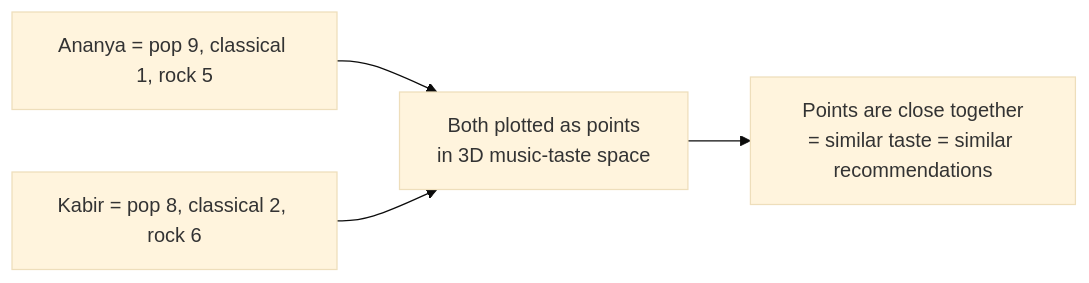
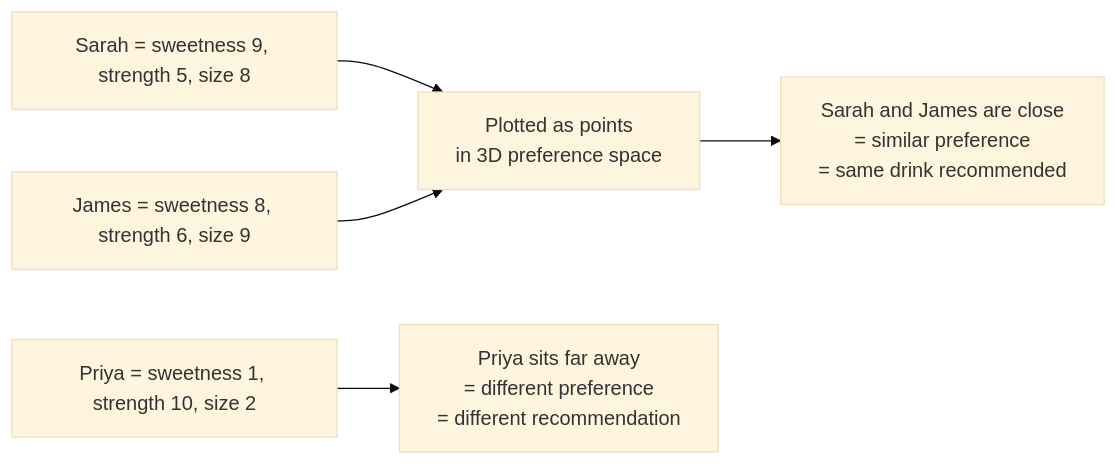
The diagram in Week6/2.Scalars-Vectors-And-Matrices.md (NamrataRev/AI_academy), drawn with Mermaid (base theme) before and after one commit. The commit also changed other lines of this file, not shown here.

````diff
--- a/Week6/2.Scalars-Vectors-And-Matrices.md
+++ b/Week6/2.Scalars-Vectors-And-Matrices.md
@@ -124,6 +215,7 @@
 ```mermaid
 flowchart LR
-    A[Ananya = pop 9, classical 1, rock 5] --> C[Both plotted as points\nin 3D music-taste space]
-    B[Kabir = pop 8, classical 2, rock 6] --> C
-    C --> D[Points are close together\n= similar taste = similar recommendations]
+    A[Sarah = sweetness 9, strength 5, size 8] --> C[Plotted as points\nin 3D preference space]
+    B[James = sweetness 8, strength 6, size 9] --> C
+    C --> D[Sarah and James are close\n= similar preference\n= same drink recommended]
+    E[Priya = sweetness 1, strength 10, size 2] --> F[Priya sits far away\n= different preference\n= different recommendation]
 ```
````
